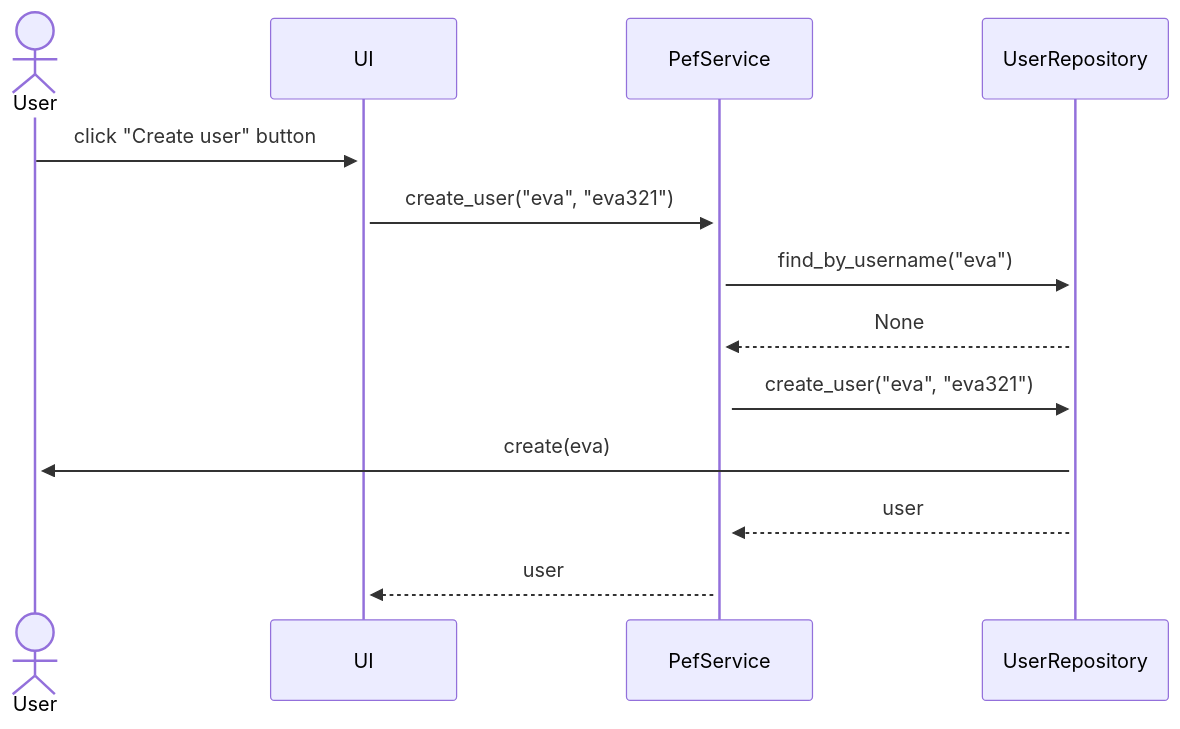
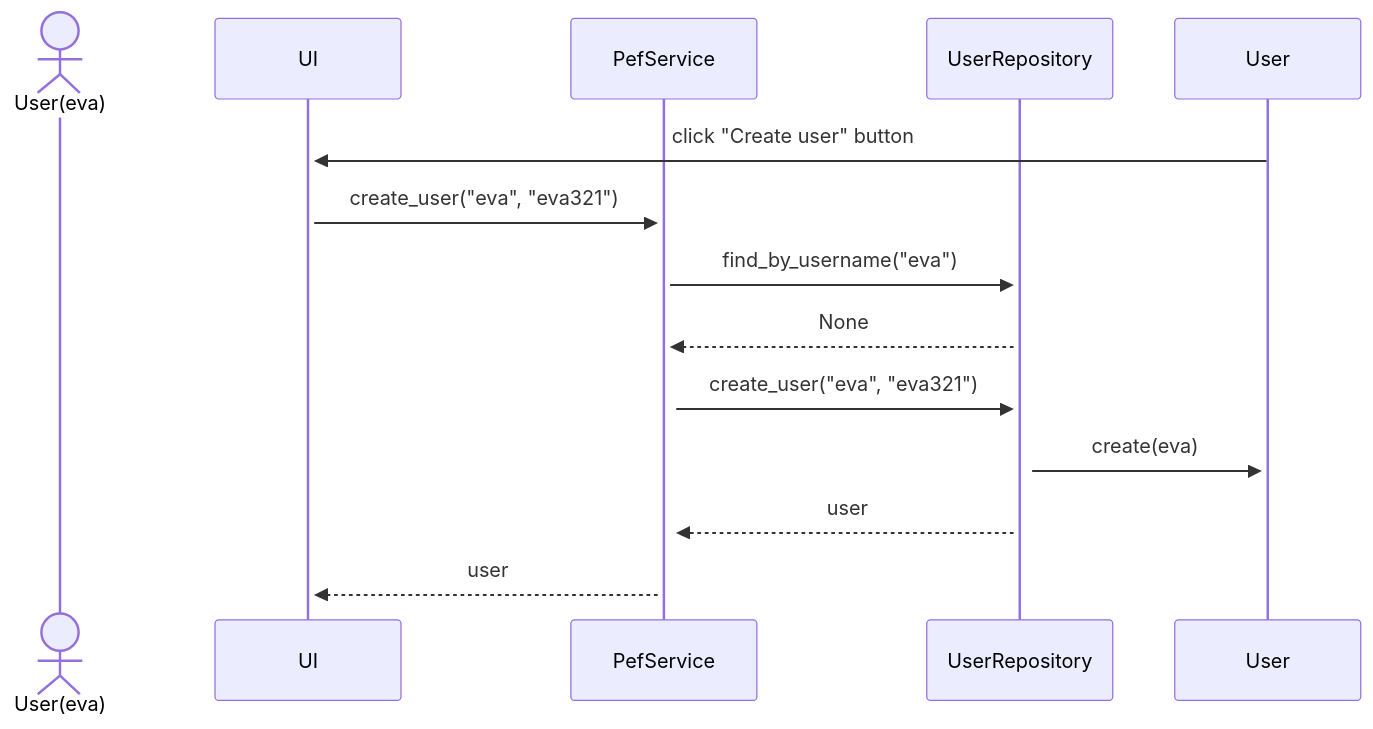
Before and after one commit to JVilo/ot-harjoitustyo: the third of 4 diagrams in dokumentaatio/arkkitehtuuri.md, drawn with Mermaid.

Commit message:
little fixes to the Sequence diagrams

````diff
--- a/dokumentaatio/arkkitehtuuri.md
+++ b/dokumentaatio/arkkitehtuuri.md
@@ -109,16 +109,16 @@
 ```mermaid
 sequenceDiagram
-  actor User
+  actor User(eva)
   participant UI
   participant PefService
   participant UserRepository
   participant User
   User->>+UI: click "Create user" button
   UI->>+PefService: create_user("eva", "eva321")
   PefService->>+UserRepository: find_by_username("eva")
   UserRepository-->>+PefService: None
   PefService->>+UserRepository: create_user("eva", "eva321")
   UserRepository->>+User: create(eva)
   UserRepository-->>PefService: user
   PefService-->>UI: user
 ```
````
